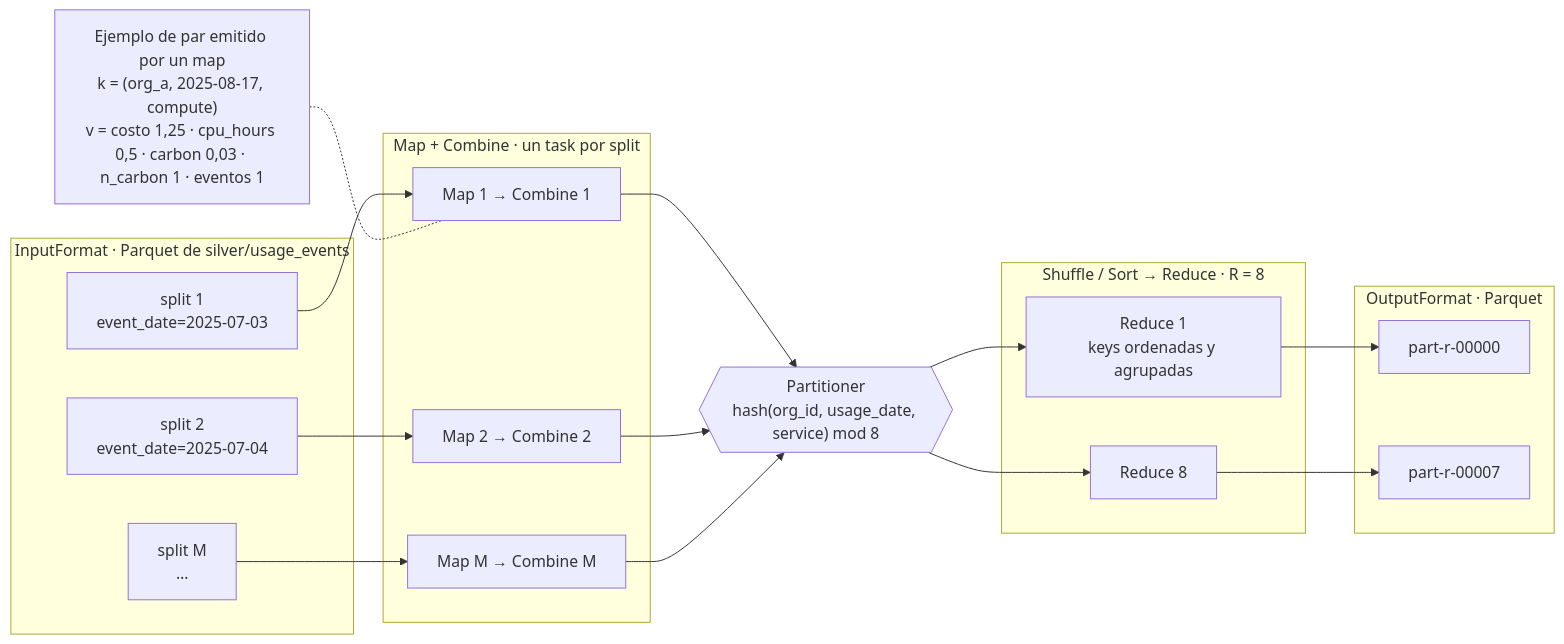
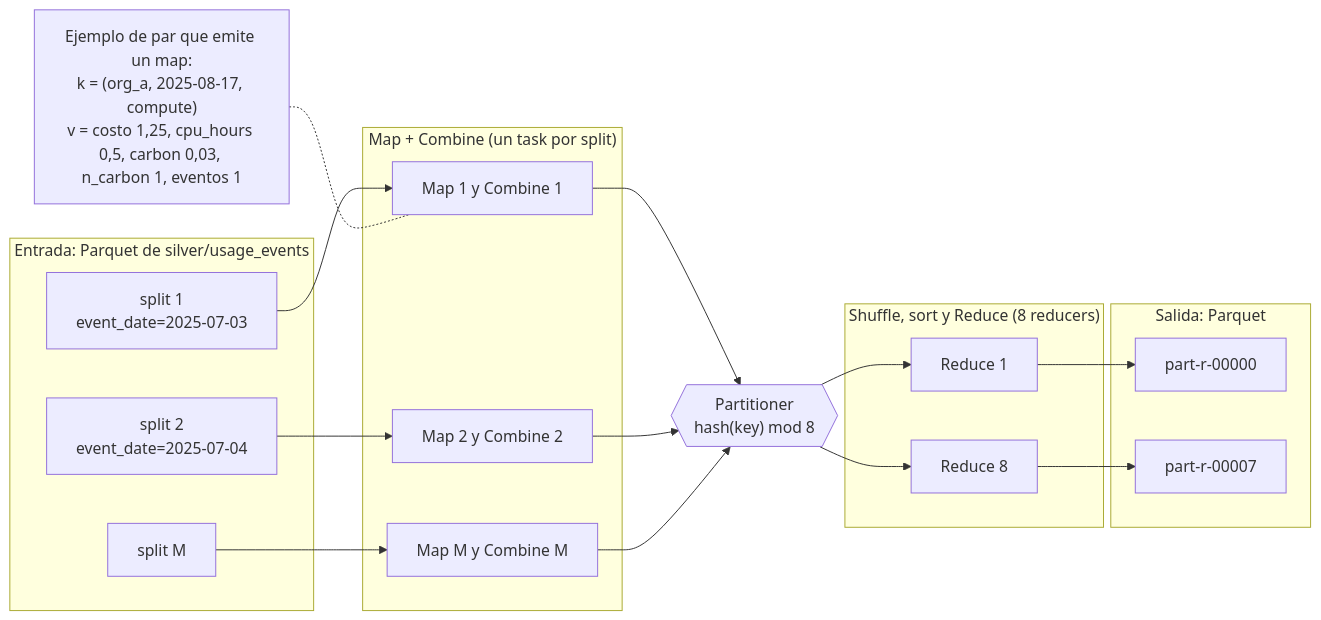
Before and after one commit to jeroesquivel/bigdata-20262C-g7: the second of 2 diagrams in docs/diseno_entrega1.md, drawn with Mermaid. The commit also changed other lines of this file and 4 other files, not shown here.

````diff
--- a/docs/diseno_entrega1.md
+++ b/docs/diseno_entrega1.md
@@ -465,35 +477,35 @@
 ```mermaid
 flowchart LR
-  subgraph INP["InputFormat · Parquet de silver/usage_events"]
+  subgraph INP["Entrada: Parquet de silver/usage_events"]
     SP1["split 1<br/>event_date=2025-07-03"]
     SP2["split 2<br/>event_date=2025-07-04"]
-    SPM["split M<br/>…"]
+    SPM["split M"]
   end
-  subgraph MAPS["Map + Combine · un task por split"]
-    M1["Map 1 → Combine 1"]
-    M2["Map 2 → Combine 2"]
-    MM["Map M → Combine M"]
+  subgraph MAPS["Map + Combine (un task por split)"]
+    M1["Map 1 y Combine 1"]
+    M2["Map 2 y Combine 2"]
+    MM["Map M y Combine M"]
   end
-  P{{"Partitioner<br/>hash(org_id, usage_date, service) mod 8"}}
-  subgraph RED["Shuffle / Sort → Reduce · R = 8"]
-    R1["Reduce 1<br/>keys ordenadas y agrupadas"]
+  P{{"Partitioner<br/>hash(key) mod 8"}}
+  subgraph RED["Shuffle, sort y Reduce (8 reducers)"]
+    R1["Reduce 1"]
     R8["Reduce 8"]
   end
-  subgraph OUTP["OutputFormat · Parquet"]
+  subgraph OUTP["Salida: Parquet"]
     O1["part-r-00000"]
     O8["part-r-00007"]
   end
-  EX["Ejemplo de par emitido por un map<br/>k = (org_a, 2025-08-17, compute)<br/>v = costo 1,25 · cpu_hours 0,5 · carbon 0,03 · n_carbon 1 · eventos 1"]
+  EX["Ejemplo de par que emite un map:<br/>k = (org_a, 2025-08-17, compute)<br/>v = costo 1,25, cpu_hours 0,5, carbon 0,03, n_carbon 1, eventos 1"]
 
   SP1 --> M1
   SP2 --> M2
   SPM --> MM
   M1 --> P
   M2 --> P
   MM --> P
   P --> R1
   P --> R8
   R1 --> O1
   R8 --> O8
   EX -.- M1
 ```
````
